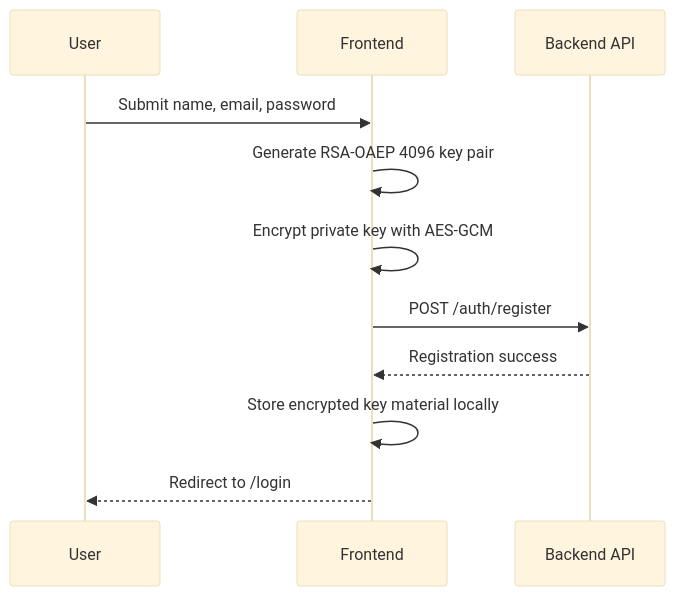
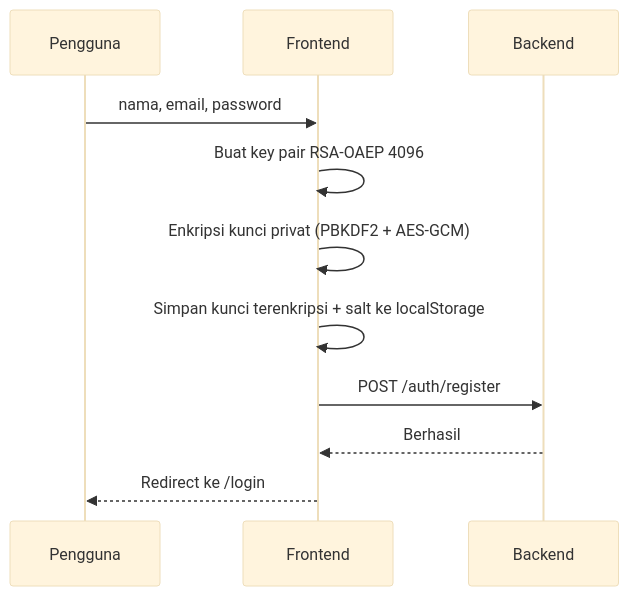
Before and after one commit to rayhanzz772/akselera-chat: the third of 3 diagrams in README.md, drawn with Mermaid (base theme). The commit also changed other lines of this file and 2 other files, not shown here.

````diff
--- a/README.md
+++ b/README.md
@@ -129,14 +371,14 @@
 ```mermaid
 sequenceDiagram
-    participant User
+    participant U as Pengguna
     participant FE as Frontend
-    participant API as Backend API
+    participant API as Backend
 
-    User->>FE: Submit name, email, password
-    FE->>FE: Generate RSA-OAEP 4096 key pair
-    FE->>FE: Encrypt private key with AES-GCM
+    U->>FE: nama, email, password
+    FE->>FE: Buat key pair RSA-OAEP 4096
+    FE->>FE: Enkripsi kunci privat (PBKDF2 + AES-GCM)
+    FE->>FE: Simpan kunci terenkripsi + salt ke localStorage
     FE->>API: POST /auth/register
-    API-->>FE: Registration success
-    FE->>FE: Store encrypted key material locally
-    FE-->>User: Redirect to /login
+    API-->>FE: Berhasil
+    FE-->>U: Redirect ke /login
 ```
````
